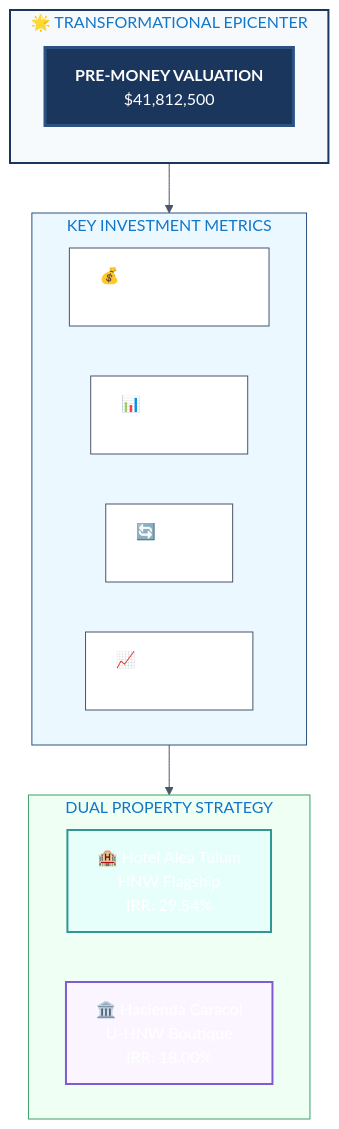
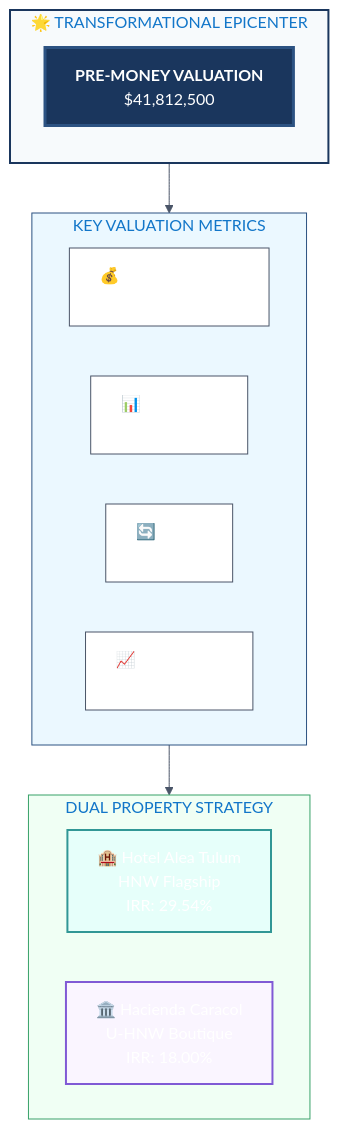
The first of 37 diagrams in docs/pitch-packet/AI_VALUATION_REPORT_VISUAL.md (Light-Brands/epic-center), drawn with Mermaid before and after one commit. The commit also changed other lines of this file and 3 other files, not shown here.

````diff
--- a/docs/pitch-packet/AI_VALUATION_REPORT_VISUAL.md
+++ b/docs/pitch-packet/AI_VALUATION_REPORT_VISUAL.md
@@ -16,36 +16,36 @@
 ```mermaid
 %%{init: {'theme': 'base', 'themeVariables': { 'primaryColor': '#1a365d', 'primaryTextColor': '#fff', 'primaryBorderColor': '#2c5282', 'lineColor': '#4a5568', 'secondaryColor': '#38a169', 'tertiaryColor': '#ed8936'}}}%%
 flowchart TB
     subgraph HEADER["🌟 TRANSFORMATIONAL EPICENTER"]
         direction TB
         V["<b>PRE-MONEY VALUATION</b><br/>$41,812,500"]
         style V fill:#1a365d,stroke:#2c5282,stroke-width:3px,color:#fff
     end
 
-    subgraph METRICS["KEY INVESTMENT METRICS"]
+    subgraph METRICS["KEY VALUATION METRICS"]
         direction LR
         M1["💰 Capital Required<br/><b>$32.95M</b>"]
         M2["📊 5-Year IRR<br/><b>78%</b>"]
         M3["🔄 MOIC<br/><b>7.5x</b>"]
         M4["📈 Y5 Revenue<br/><b>$23.2M</b>"]
     end
 
     subgraph PROPERTIES["DUAL PROPERTY STRATEGY"]
         direction LR
         P1["🏨 Hotel Alea Tulum<br/>HNW Flagship<br/>IRR: 29.54%"]
         P2["🏛️ Hacienda Caracol<br/>U-HNW Boutique<br/>IRR: 18.00%"]
     end
 
     HEADER --> METRICS
     METRICS --> PROPERTIES
 
     style HEADER fill:#f7fafc,stroke:#1a365d,stroke-width:2px
     style METRICS fill:#ebf8ff,stroke:#2c5282,stroke-width:1px
     style PROPERTIES fill:#f0fff4,stroke:#38a169,stroke-width:1px
     style M1 fill:#fff,stroke:#4a5568
     style M2 fill:#fff,stroke:#4a5568
     style M3 fill:#fff,stroke:#4a5568
     style M4 fill:#fff,stroke:#4a5568
     style P1 fill:#e6fffa,stroke:#319795,stroke-width:2px
     style P2 fill:#faf5ff,stroke:#805ad5,stroke-width:2px
 ```
````
